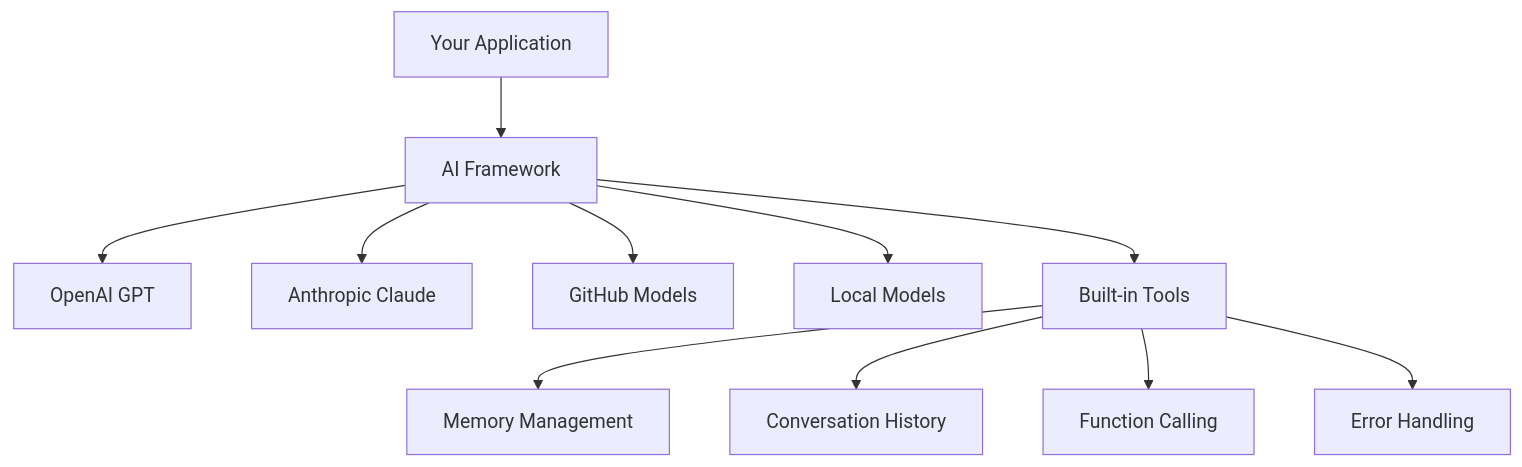
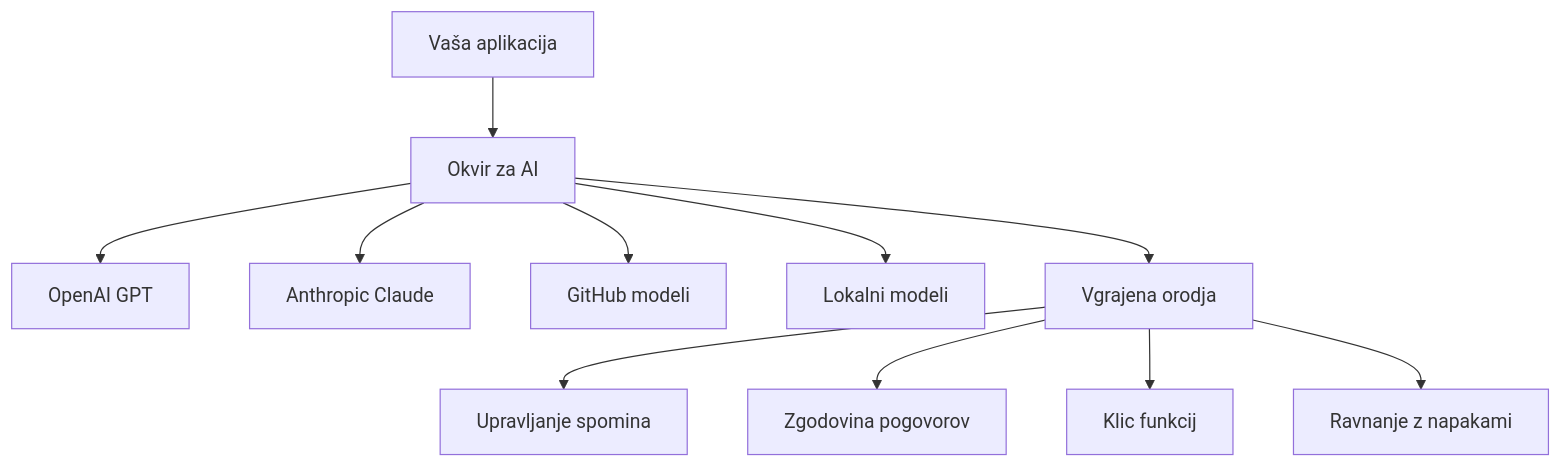
Before and after one commit to microsoft/Web-Dev-For-Beginners: the second of 11 diagrams in translations/sl/10-ai-framework-project/README.md, drawn with Mermaid. The commit also changed other lines of this file and 99 other files, not shown here.

````diff
--- a/translations/sl/10-ai-framework-project/README.md
+++ b/translations/sl/10-ai-framework-project/README.md
@@ -32,14 +69,14 @@
 ```mermaid
 graph TD
-    A[Your Application] --> B[AI Framework]
+    A[Vaša aplikacija] --> B[Okvir za AI]
     B --> C[OpenAI GPT]
     B --> D[Anthropic Claude]
-    B --> E[GitHub Models]
-    B --> F[Local Models]
+    B --> E[GitHub modeli]
+    B --> F[Lokalni modeli]
     
-    B --> G[Built-in Tools]
-    G --> H[Memory Management]
-    G --> I[Conversation History]
-    G --> J[Function Calling]
-    G --> K[Error Handling]
+    B --> G[Vgrajena orodja]
+    G --> H[Upravljanje spomina]
+    G --> I[Zgodovina pogovorov]
+    G --> J[Klic funkcij]
+    G --> K[Ravnanje z napakami]
 ```
````
